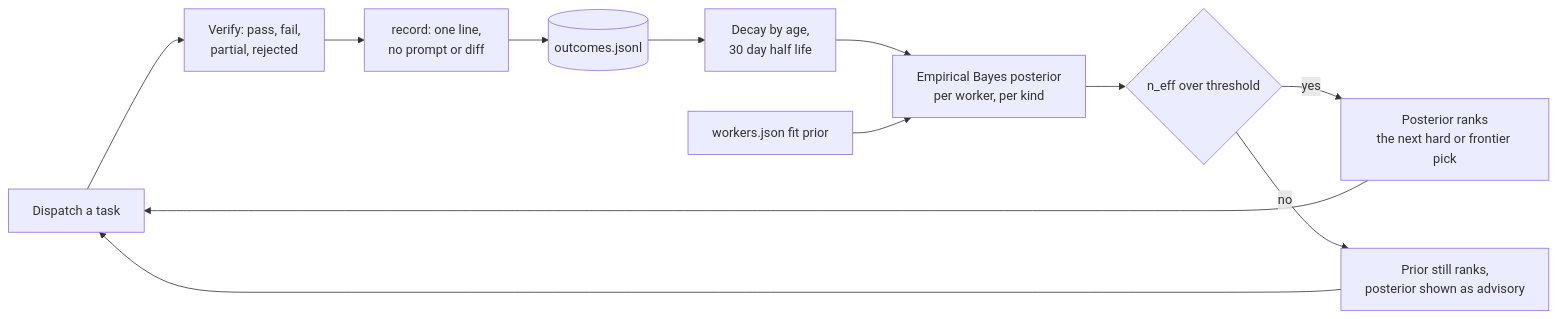
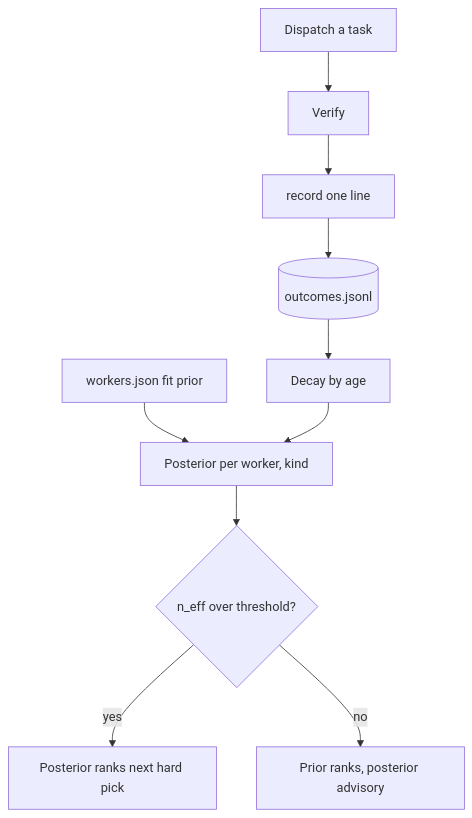
One commit to m-esm/smart-subagents changed the diagram in docs/ROUTING.md. Above: the diagram before and after it, drawn with Mermaid. The commit also changed 4 other files, not shown here.

Commit message:
Fix mermaid charts: staged layouts instead of crossing edges

````diff
--- a/docs/ROUTING.md
+++ b/docs/ROUTING.md
@@ -160,14 +160,12 @@
 ```mermaid
-flowchart LR
-    DISP[Dispatch a task] --> VERIFY[Verify: pass, fail,<br/>partial, rejected]
-    VERIFY --> REC[record: one line,<br/>no prompt or diff]
+flowchart TB
+    DISP[Dispatch a task] --> VERIFY[Verify]
+    VERIFY --> REC[record one line]
     REC --> LOG[(outcomes.jsonl)]
-    LOG --> DECAY[Decay by age,<br/>30 day half life]
-    DECAY --> POST[Empirical Bayes posterior<br/>per worker, per kind]
-    PRIOR[workers.json fit prior] --> POST
-    POST --> GATE{n_eff over threshold}
-    GATE -->|yes| USE[Posterior ranks<br/>the next hard or frontier pick]
-    GATE -->|no| ADV[Prior still ranks,<br/>posterior shown as advisory]
-    USE --> DISP
-    ADV --> DISP
+    LOG --> DECAY[Decay by age]
+    PRIOR[workers.json fit prior] --> POST[Posterior per worker, kind]
+    DECAY --> POST
+    POST --> GATE{n_eff over threshold?}
+    GATE -->|yes| USE[Posterior ranks next hard pick]
+    GATE -->|no| ADV[Prior ranks, posterior advisory]
 ```
````
